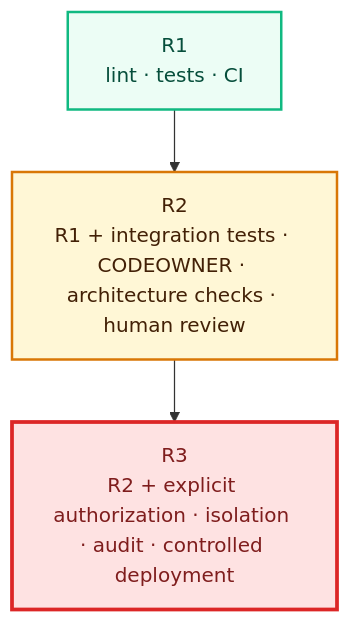
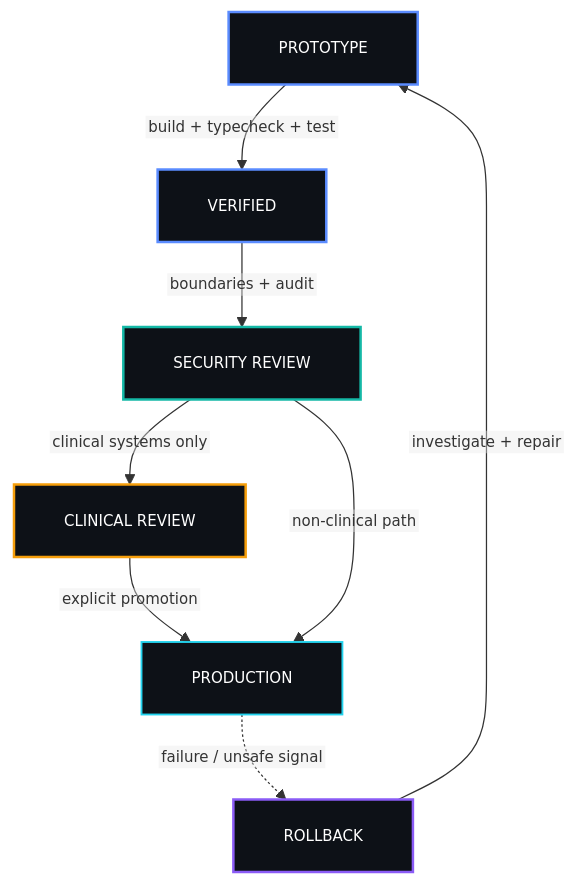
The fourth of 7 diagrams in README.md (drferdii/Monorepo-safrs), drawn with Mermaid before and after one commit. The commit also changed other lines of this file, not shown here.

````diff
--- a/README.md
+++ b/README.md
@@ -422,16 +745,31 @@
 ```mermaid
+%%{init: {"flowchart": {"htmlLabels": false, "padding": 20}, "themeVariables": {"fontFamily": "monospace", "fontSize": "12px"}}}%%
 flowchart TB
-    R1["R1<br/>lint · tests · CI"]
-    R2["R2<br/>R1 + integration tests · CODEOWNER · architecture checks · human review"]
-    R3["R3<br/>R2 + explicit authorization · isolation · audit · controlled deployment"]
+  PROTO["PROTOTYPE"]
+  VERIFY["VERIFIED"]
+  SEC["SECURITY REVIEW"]
+  CLIN["CLINICAL REVIEW"]
+  PROD["PRODUCTION"]
+  ROLL["ROLLBACK"]
 
-    R1 --> R2 --> R3
+  PROTO -->|build + typecheck + test| VERIFY
+  VERIFY -->|boundaries + audit| SEC
+  SEC -->|clinical systems only| CLIN
+  CLIN -->|explicit promotion| PROD
+  SEC -->|non-clinical path| PROD
+  PROD -. failure / unsafe signal .-> ROLL
+  ROLL -->|investigate + repair| PROTO
 
-    classDef low fill:#ECFDF5,stroke:#10B981,color:#064E3B,stroke-width:2px;
-    classDef medium fill:#FFF7D6,stroke:#D97706,color:#422006,stroke-width:2px;
-    classDef high fill:#FEE2E2,stroke:#DC2626,color:#7F1D1D,stroke-width:3px;
+  classDef authority fill:#0D1117,stroke:#F59E0B,color:#ffffff,stroke-width:2px;
+  classDef agent fill:#0D1117,stroke:#8B5CF6,color:#ffffff,stroke-width:2px;
+  classDef control fill:#0D1117,stroke:#14B8A6,color:#ffffff,stroke-width:2px;
+  classDef core fill:#0D1117,stroke:#5B8CFF,color:#ffffff,stroke-width:2px;
+  classDef shared fill:#0D1117,stroke:#64748B,color:#ffffff,stroke-width:1.5px;
+  classDef surface fill:#0D1117,stroke:#22D3EE,color:#ffffff,stroke-width:1.5px;
 
-    class R1 low;
-    class R2 medium;
-    class R3 high;
+  class CLIN authority;
+  class SEC control;
+  class PROTO,VERIFY core;
+  class PROD surface;
+  class ROLL agent;
 ```
````
